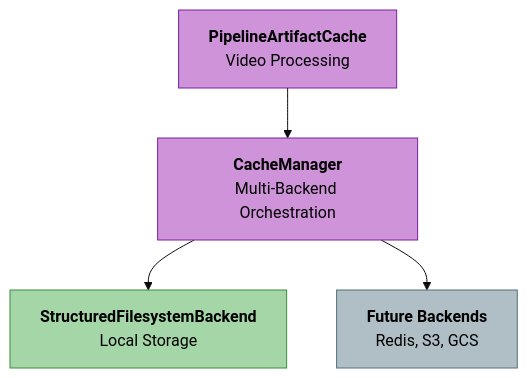
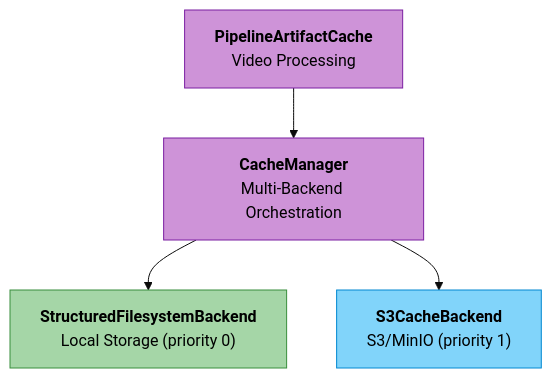
Before and after one commit to amit-jain/cogniverse: the diagram in docs/architecture/caching_strategy.md, drawn with Mermaid (base theme). The commit also changed other lines of this file and 50 other files, not shown here.

````diff
--- a/docs/architecture/caching_strategy.md
+++ b/docs/architecture/caching_strategy.md
@@ -16,11 +16,11 @@
 ```mermaid
 flowchart TD
     PAC["<span style='color:#000'><b>PipelineArtifactCache</b><br/>Video Processing</span>"] --> CM["<span style='color:#000'><b>CacheManager</b><br/>Multi-Backend Orchestration</span>"]
-    CM --> SFS["<span style='color:#000'><b>StructuredFilesystemBackend</b><br/>Local Storage</span>"]
-    CM --> Future["<span style='color:#000'><b>Future Backends</b><br/>Redis, S3, GCS</span>"]
+    CM --> SFS["<span style='color:#000'><b>StructuredFilesystemBackend</b><br/>Local Storage (priority 0)</span>"]
+    CM --> S3["<span style='color:#000'><b>S3CacheBackend</b><br/>S3/MinIO (priority 1)</span>"]
 
     style PAC fill:#ce93d8,stroke:#7b1fa2,color:#000
     style CM fill:#ce93d8,stroke:#7b1fa2,color:#000
     style SFS fill:#a5d6a7,stroke:#388e3c,color:#000
-    style Future fill:#b0bec5,stroke:#546e7a,color:#000
+    style S3 fill:#81d4fa,stroke:#0288d1,color:#000
 ```
````
